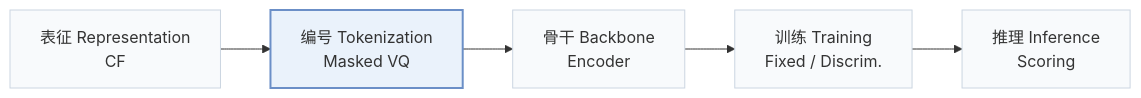
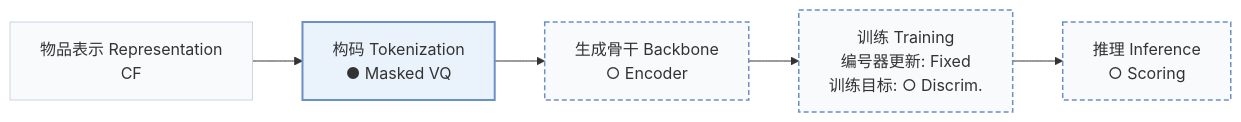
Before and after one commit to Galaxy-ghost/Awesome-SID-Generative-Rec: the first of 3 diagrams in pages/zh/papers/tokenrec.md, drawn with Mermaid. The commit also changed other lines of this file and 558 other files, not shown here.

````diff
--- a/pages/zh/papers/tokenrec.md
+++ b/pages/zh/papers/tokenrec.md
@@ -15,8 +19,10 @@
 ```mermaid
 flowchart LR
-    R["表征 Representation<br/>CF"] --> T["编号 Tokenization<br/>Masked VQ"] --> B["骨干 Backbone<br/>Encoder"] --> TR["训练 Training<br/>Fixed / Discrim."] --> I["推理 Inference<br/>Scoring"]
+    R["物品表示 Representation<br/>CF"] --> T["构码 Tokenization<br/>● Masked VQ"] --> B["生成骨干 Backbone<br/>○ Encoder"] --> TR["训练 Training<br/>编号器更新: Fixed<br/>训练目标: ○ Discrim."] --> I["推理 Inference<br/>○ Scoring"]
     classDef base fill:#f8fafc,stroke:#cbd5e1
     class R,T,B,TR,I base
+    classDef other fill:#f8fafc,stroke:#6b8fc7,stroke-width:1.5px,stroke-dasharray:5 3
+    class B,TR,I other
     classDef main fill:#eaf2fb,stroke:#6b8fc7,stroke-width:2px
     class T main
 ```
````
